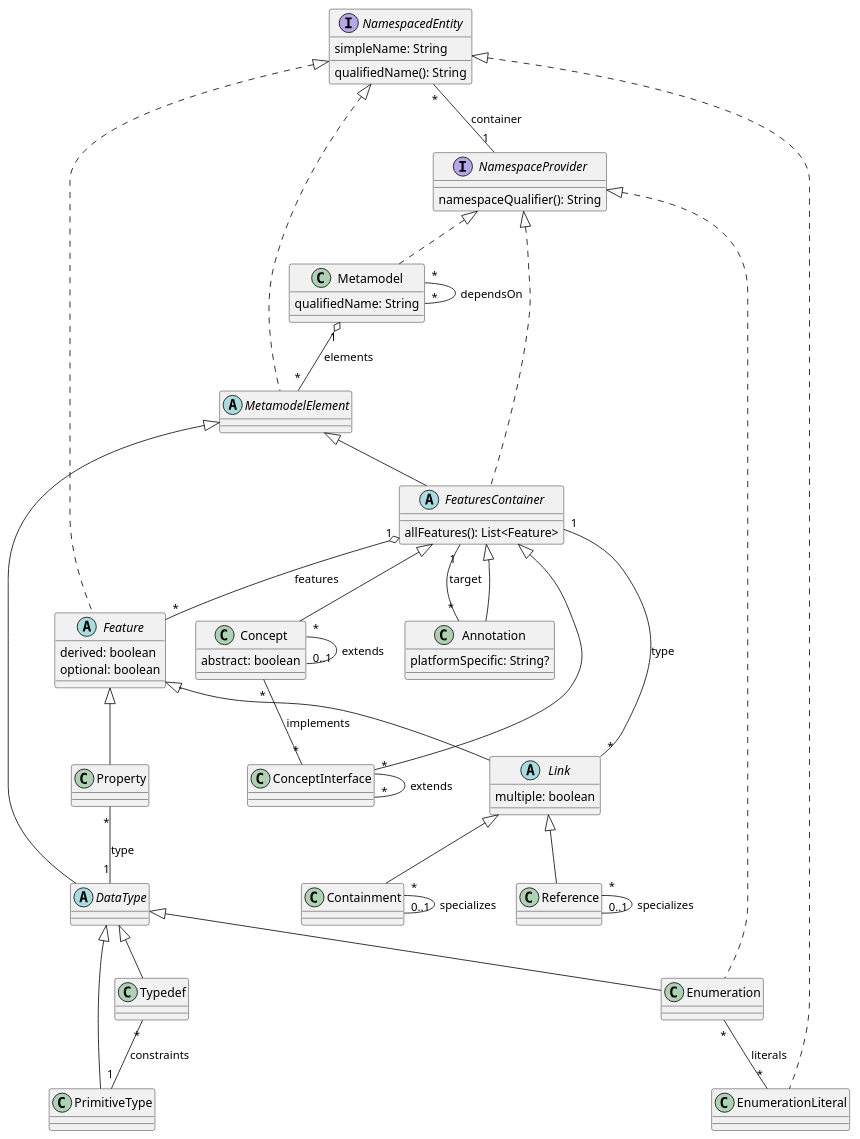
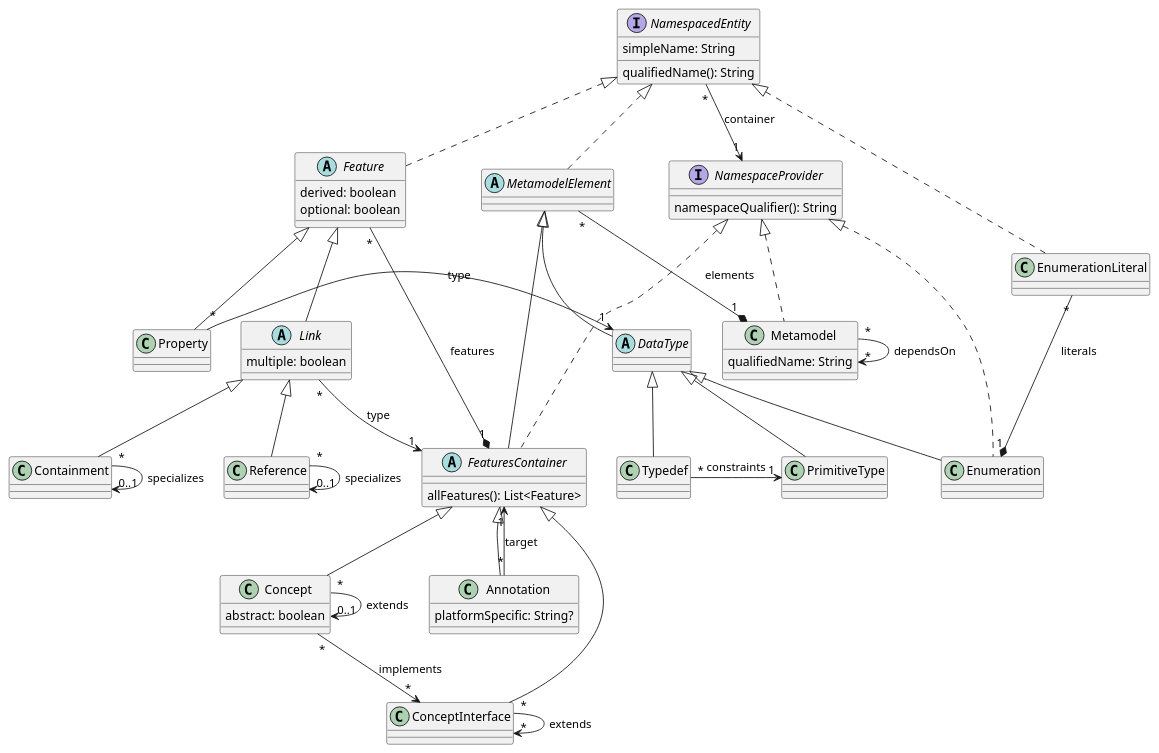
One commit to LionWeb-io/specification changed the diagram in lioncore/metametamodel.puml. Above: the diagram before and after it, drawn with PlantUML.

Commit message:
optimized layout in M3 diagram

```diff
--- a/lioncore/metametamodel.puml
+++ b/lioncore/metametamodel.puml
@@ -1,89 +1,86 @@
 @startuml
 
+
+interface NamespacedEntity {
+  simpleName: String
+  qualifiedName(): String
+}
+
+interface NamespaceProvider {
+  namespaceQualifier(): String
+}
+
+class Metamodel implements NamespaceProvider {
+  qualifiedName: String
+}
+
+abstract class MetamodelElement implements NamespacedEntity
 
 abstract class FeaturesContainer extends MetamodelElement implements NamespaceProvider {
   allFeatures(): List<Feature>
 }
 
 class Annotation extends FeaturesContainer {
   platformSpecific: String?
 }
 
 class Concept extends FeaturesContainer {
   abstract: boolean
 }
 
 class ConceptInterface extends FeaturesContainer
 
-class Containment extends Link
-
-abstract class DataType extends MetamodelElement
-
 abstract class Feature implements NamespacedEntity {
   derived: boolean
   optional: boolean
 }
 
-abstract class Link extends Feature {
-  multiple: boolean
-}
+class Property extends Feature
 
-class Metamodel implements NamespaceProvider {
-  qualifiedName: String
-}
+class Typedef extends DataType
 
-abstract class MetamodelElement implements NamespacedEntity
-
-interface NamespaceProvider {
-  namespaceQualifier(): String
-}
-
-interface NamespacedEntity {
-  simpleName: String
-  qualifiedName(): String
-}
+abstract class DataType extends MetamodelElement
 
 class PrimitiveType extends DataType
-
-class Property extends Feature
-
-class Reference extends Link
 
 class Enumeration extends DataType implements NamespaceProvider
 
 class EnumerationLiteral implements NamespacedEntity
 
-class Typedef extends DataType
+abstract class Link extends Feature {
+  multiple: boolean
+}
 
+class Containment extends Link
+
+class Reference extends Link
 
 ' relations:
 
-Annotation "*" -- "1" FeaturesContainer: target
+Annotation "*" --> "1" FeaturesContainer: target
 
-Concept "*" -- "0..1" Concept: extends
-Concept "*" -- "*" ConceptInterface: implements
+Concept "*" -> "0..1" Concept: extends
+Concept "*" --> "*" ConceptInterface: implements
 
-ConceptInterface "*" -- "*" ConceptInterface: extends
+ConceptInterface "*" --> "*" ConceptInterface: extends
 
-Containment "*" -- "0..1" Containment: specializes
+Containment "*" -> "0..1" Containment: specializes
 
-FeaturesContainer "1" o-- "*" Feature: features
+Feature "*" -* "1" FeaturesContainer: features
 
-Link "*" -- "1" FeaturesContainer: type
+Link "*" --> "1" FeaturesContainer: type
 
-Metamodel "1" o-- "*" MetamodelElement: elements
-Metamodel "*" -- "*" Metamodel: dependsOn
+MetamodelElement "*" -* "1" Metamodel: elements
+Metamodel "*" --> "*" Metamodel: dependsOn
 
-NamespacedEntity "*" -- "1" NamespaceProvider: container
+NamespacedEntity "*" --> "1" NamespaceProvider: container
 
-Property "*" -- "1" DataType: type
+Property "*" -> "1" DataType: type
 
-Reference "*" -- "0..1" Reference: specializes
+Reference "*" -> "0..1" Reference: specializes
 
-Enumeration "*" -- "*" EnumerationLiteral: literals
+EnumerationLiteral "*" -* "1" Enumeration : literals
 
-Typedef "*" -- "1" PrimitiveType: constraints
-
-
+Typedef "*" -> "1" PrimitiveType: constraints
 
 @enduml
```
